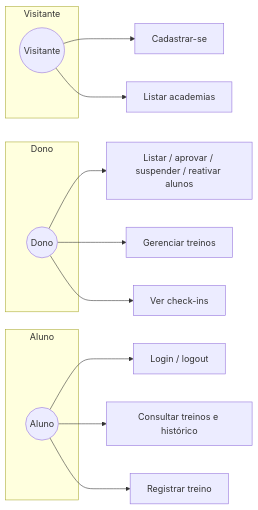
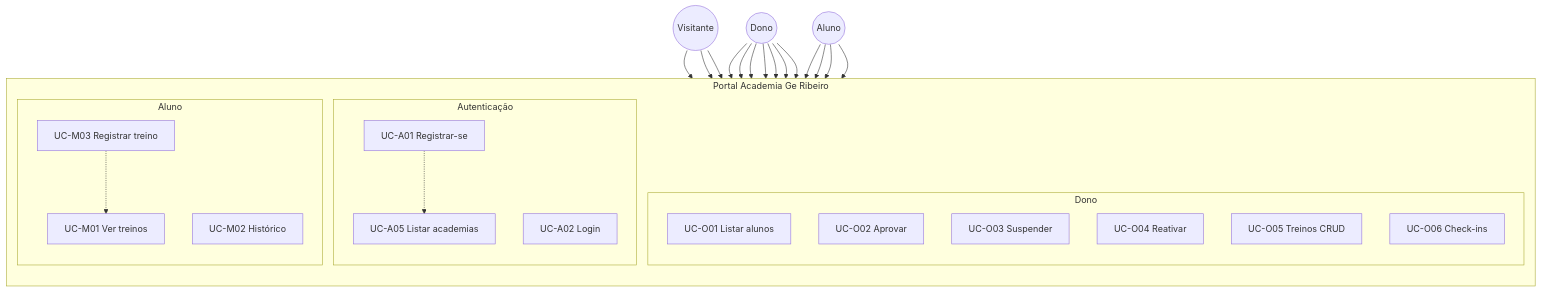
Before and after one commit to nittosantos/pi_gym: the diagram in docs/uml/casos-de-uso.md, drawn with Mermaid. The commit also changed other lines of this file and 29 other files, not shown here.

First line of the commit message:
docs: adicionar UML, BPMN e imagens exportadas para entrega acadêmica.

````diff
--- a/docs/uml/casos-de-uso.md
+++ b/docs/uml/casos-de-uso.md
@@ -50,23 +56,31 @@
 ```mermaid
-flowchart LR
-  subgraph Visitante
-    V1((Visitante))
-  end
-  subgraph Dono
-    D((Dono))
-  end
-  subgraph Aluno
-    A((Aluno))
+flowchart TB
+  subgraph SYS["Portal Academia Ge Ribeiro"]
+    direction TB
+    subgraph AUTH["Autenticação"]
+      UC_A01[UC-A01 Registrar-se]
+      UC_A02[UC-A02 Login]
+      UC_A05[UC-A05 Listar academias]
+    end
+    subgraph OWNER["Dono"]
+      UC_O01[UC-O01 Listar alunos]
+      UC_O02[UC-O02 Aprovar]
+      UC_O03[UC-O03 Suspender]
+      UC_O04[UC-O04 Reativar]
+      UC_O05[UC-O05 Treinos CRUD]
+      UC_O06[UC-O06 Check-ins]
+    end
+    subgraph MEMBER["Aluno"]
+      UC_M01[UC-M01 Ver treinos]
+      UC_M02[UC-M02 Histórico]
+      UC_M03[UC-M03 Registrar treino]
+    end
   end
 
-  V1 --> UC1[Cadastrar-se]
-  V1 --> UC2[Listar academias]
+  V((Visitante)) --> UC_A01 & UC_A02 & UC_A05
+  D((Dono)) --> UC_A02 & UC_O01 & UC_O02 & UC_O03 & UC_O04 & UC_O05 & UC_O06
+  A((Aluno)) --> UC_A02 & UC_M01 & UC_M02 & UC_M03
 
-  D --> UC3[Listar / aprovar / suspender / reativar alunos]
-  D --> UC4[Gerenciar treinos]
-  D --> UC5[Ver check-ins]
-
-  A --> UC6[Login / logout]
-  A --> UC7[Consultar treinos e histórico]
-  A --> UC8[Registrar treino]
+  UC_A01 -.-> UC_A05
+  UC_M03 -.-> UC_M01
 ```
````
